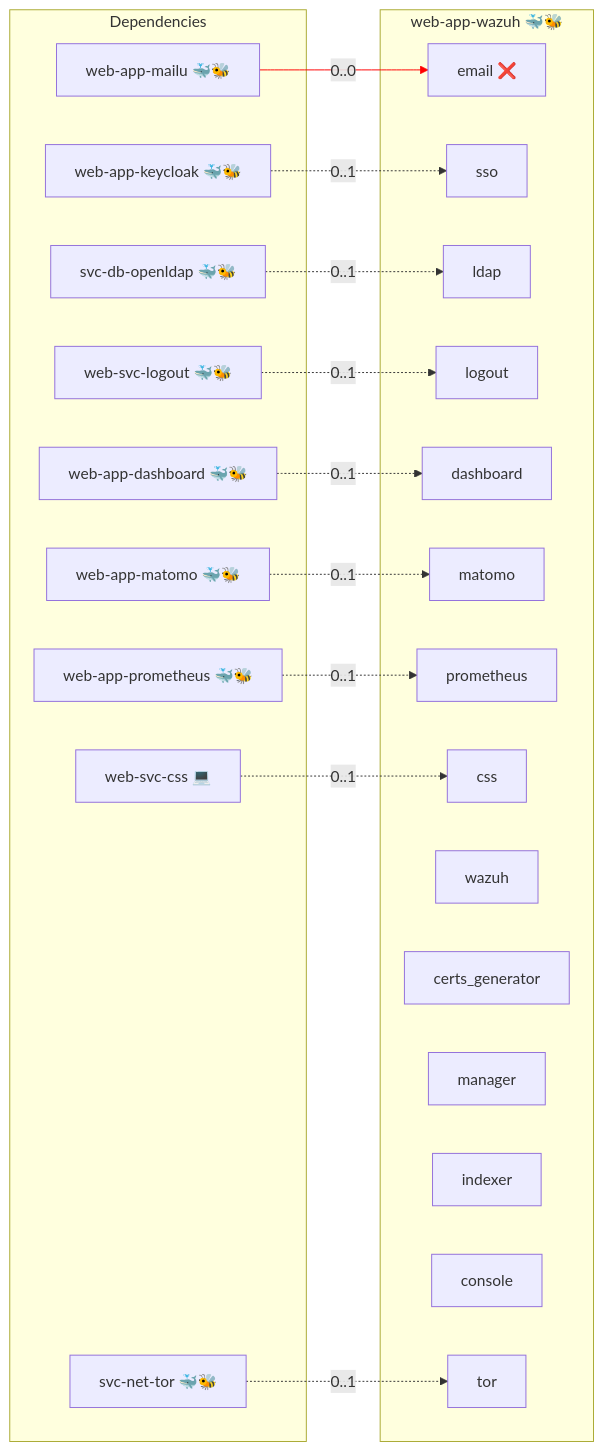
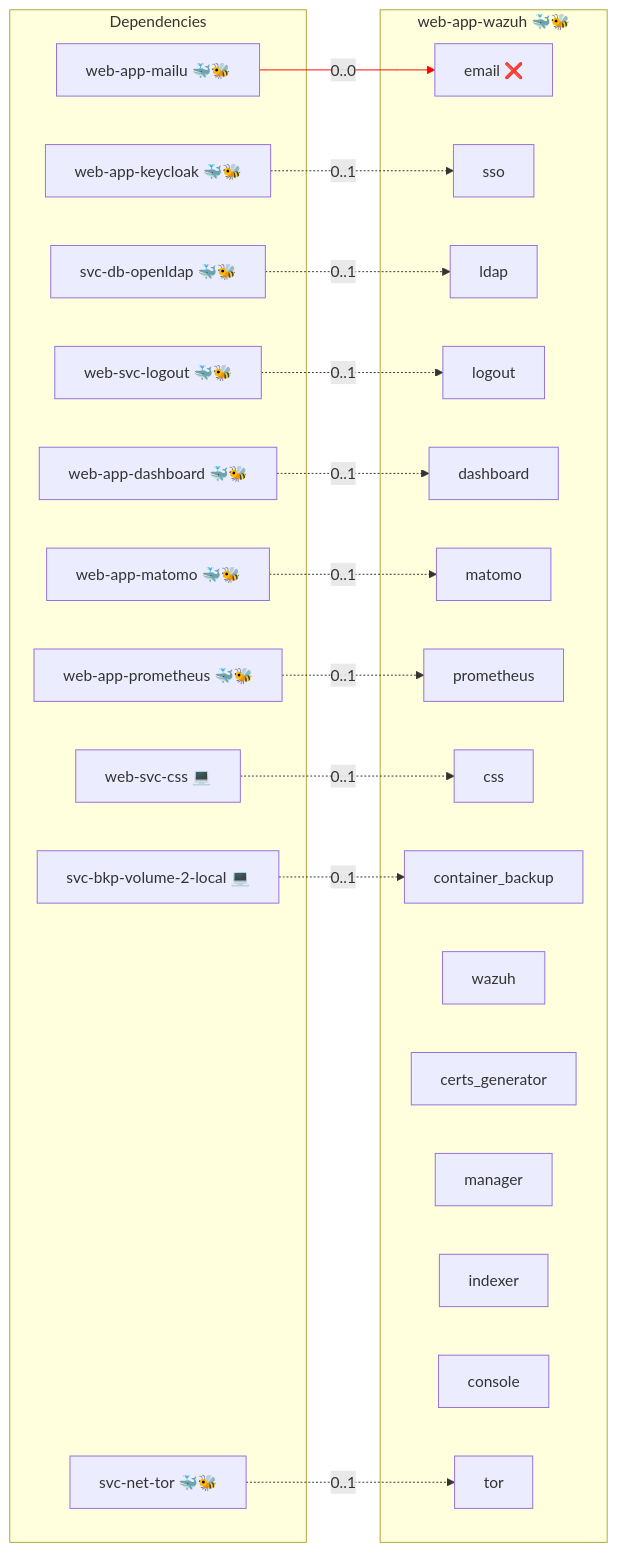
One commit to infinito-nexus/core changed the first of 2 diagrams in roles/web-app-wazuh/README.md. Above: the diagram before and after it, drawn with Mermaid. The commit also changed other lines of this file and 26 other files, not shown here.

````diff
--- a/roles/web-app-wazuh/README.md
+++ b/roles/web-app-wazuh/README.md
@@ -17,40 +18,43 @@
 ```mermaid
 flowchart LR
     subgraph deps [Dependencies]
+        dep_svc_bkp_volume_2_local["svc-bkp-volume-2-local 💻"]
         dep_svc_db_openldap["svc-db-openldap 🐳🐝"]
         dep_svc_net_tor["svc-net-tor 🐳🐝"]
         dep_web_app_dashboard["web-app-dashboard 🐳🐝"]
         dep_web_app_keycloak["web-app-keycloak 🐳🐝"]
         dep_web_app_mailu["web-app-mailu 🐳🐝"]
         dep_web_app_matomo["web-app-matomo 🐳🐝"]
         dep_web_app_prometheus["web-app-prometheus 🐳🐝"]
         dep_web_svc_css["web-svc-css 💻"]
         dep_web_svc_logout["web-svc-logout 🐳🐝"]
     end
     subgraph role [web-app-wazuh 🐳🐝]
         svc_email["email ❌"]
         svc_sso["sso"]
         svc_ldap["ldap"]
         svc_logout["logout"]
         svc_dashboard["dashboard"]
         svc_matomo["matomo"]
         svc_prometheus["prometheus"]
         svc_css["css"]
+        svc_container_backup["container_backup"]
         svc_wazuh["wazuh"]
         svc_certs_generator["certs_generator"]
         svc_manager["manager"]
         svc_indexer["indexer"]
         svc_console["console"]
         svc_tor["tor"]
     end
+    dep_svc_bkp_volume_2_local -. "0..1" .-> svc_container_backup
     dep_svc_db_openldap -. "0..1" .-> svc_ldap
     dep_svc_net_tor -. "0..1" .-> svc_tor
     dep_web_app_dashboard -. "0..1" .-> svc_dashboard
     dep_web_app_keycloak -. "0..1" .-> svc_sso
     dep_web_app_mailu -- "0..0" --> svc_email
     dep_web_app_matomo -. "0..1" .-> svc_matomo
     dep_web_app_prometheus -. "0..1" .-> svc_prometheus
     dep_web_svc_css -. "0..1" .-> svc_css
     dep_web_svc_logout -. "0..1" .-> svc_logout
-    linkStyle 4 stroke:red;
+    linkStyle 5 stroke:red;
 ```
````
